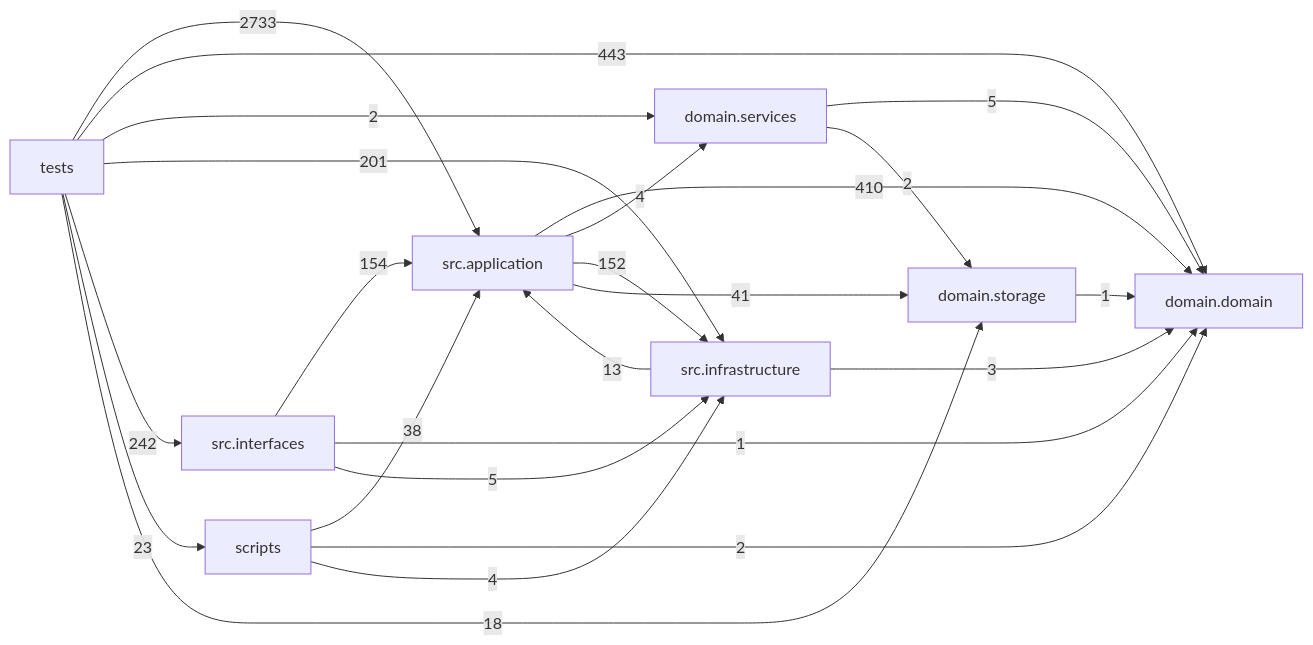
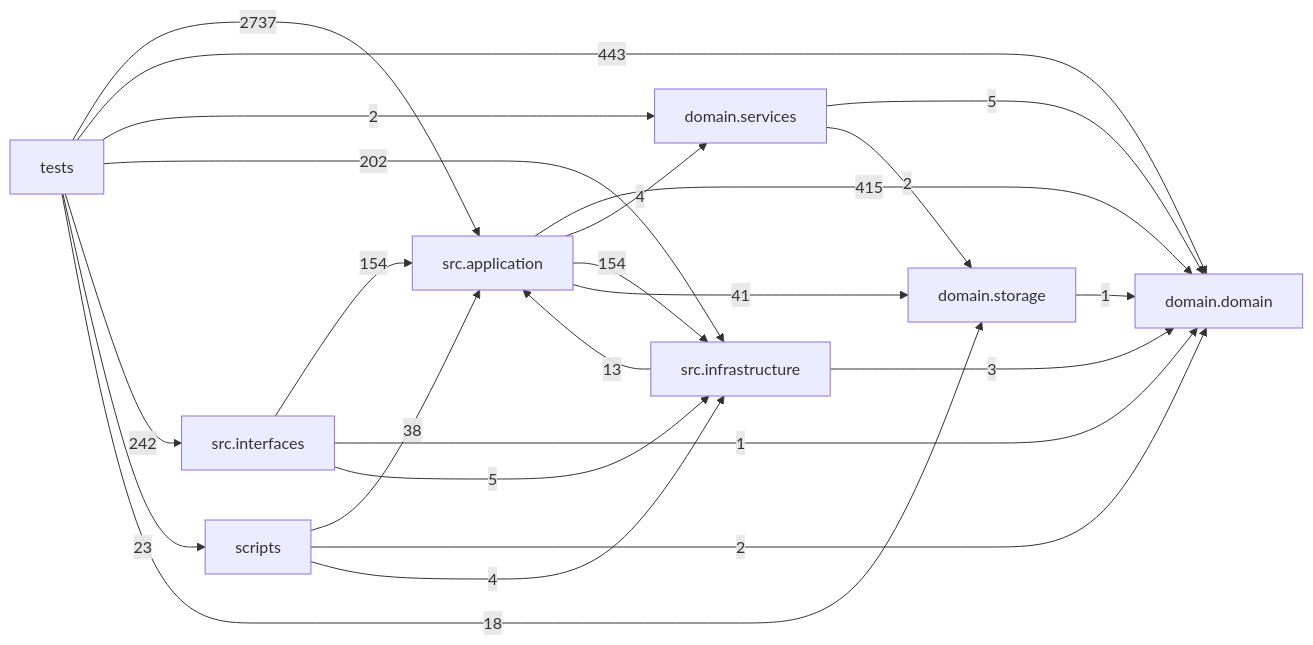
One commit to liuxie066/options-monitor changed the diagram in docs/DEPENDENCY_GRAPH.md. Above: the diagram before and after it, drawn with Mermaid. The commit also changed other lines of this file and 1 other file, not shown here.

Commit message:
chore(config): regenerate dependency graph after watchlist/guard/tick changes

````diff
--- a/docs/DEPENDENCY_GRAPH.md
+++ b/docs/DEPENDENCY_GRAPH.md
@@ -24,33 +24,33 @@
 ```mermaid
 flowchart LR
   tests["tests"]
   scripts["scripts"]
   interfaces["src.interfaces"]
   application["src.application"]
   infrastructure["src.infrastructure"]
   domain_services["domain.services"]
   domain["domain.domain"]
   storage["domain.storage"]
-  application -->|410| domain
+  application -->|415| domain
   application -->|4| domain_services
-  application -->|152| infrastructure
+  application -->|154| infrastructure
   application -->|41| storage
   domain_services -->|5| domain
   domain_services -->|2| storage
   infrastructure -->|13| application
   infrastructure -->|3| domain
   interfaces -->|154| application
   interfaces -->|1| domain
   interfaces -->|5| infrastructure
   scripts -->|38| application
   scripts -->|2| domain
   scripts -->|4| infrastructure
   storage -->|1| domain
-  tests -->|2733| application
+  tests -->|2737| application
   tests -->|443| domain
   tests -->|2| domain_services
-  tests -->|201| infrastructure
+  tests -->|202| infrastructure
   tests -->|242| interfaces
   tests -->|23| scripts
   tests -->|18| storage
 ```
````
